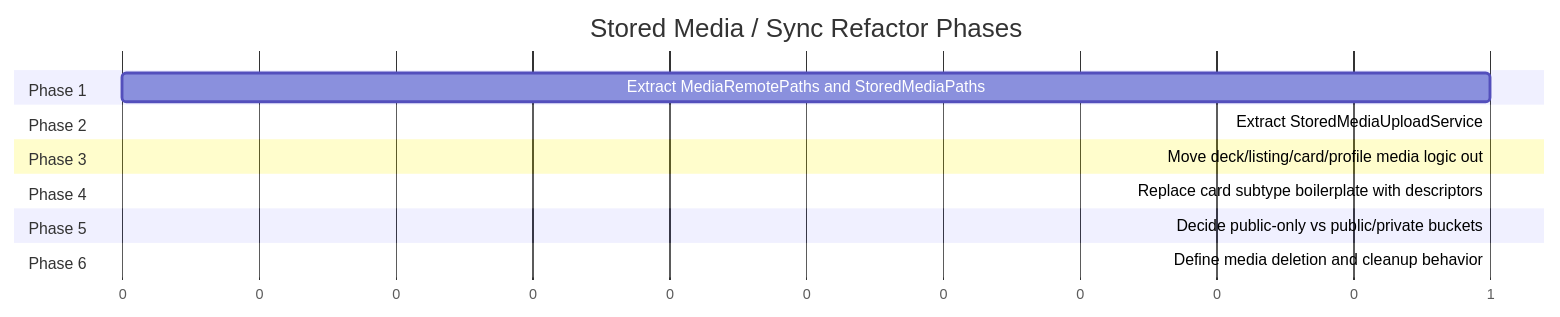
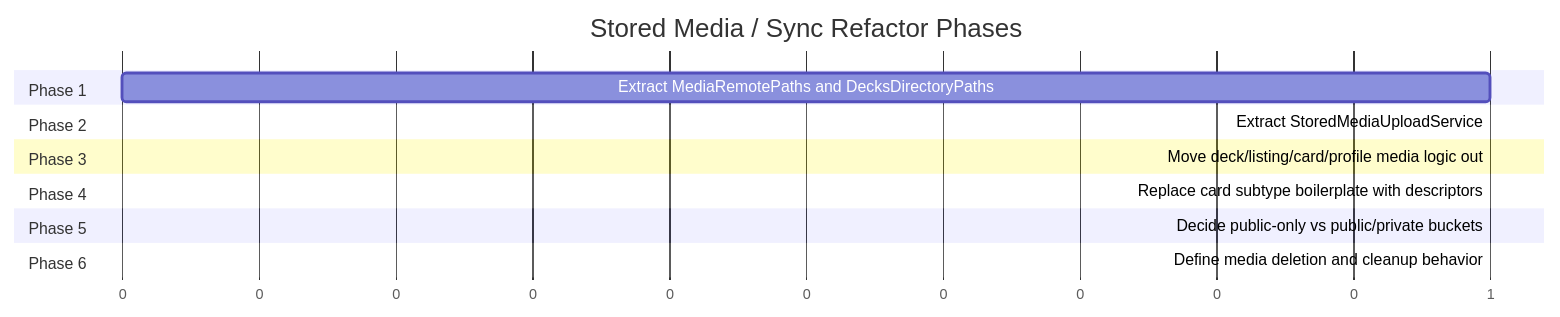
Before and after one commit to GuyWithBag/boo_mondai: diagram 18 of 18 in documentation/refactor/stored_media_sync_refactor_graphs.md, drawn with Mermaid. The commit also changed other lines of this file and 11 other files, not shown here.

````diff
--- a/documentation/refactor/stored_media_sync_refactor_graphs.md
+++ b/documentation/refactor/stored_media_sync_refactor_graphs.md
@@ -431,24 +431,24 @@
 ```mermaid
 gantt
     title Stored Media / Sync Refactor Phases
     dateFormat  X
     axisFormat %s
 
     section Phase 1
-    Extract MediaRemotePaths and StoredMediaPaths      :p1, 0, 1
+    Extract MediaRemotePaths and DecksDirectoryPaths      :p1, 0, 1
 
     section Phase 2
     Extract StoredMediaUploadService                  :p2, after p1, 1
 
     section Phase 3
     Move deck/listing/card/profile media logic out    :p3, after p2, 1
 
     section Phase 4
     Replace card subtype boilerplate with descriptors :p4, after p3, 1
 
     section Phase 5
     Decide public-only vs public/private buckets      :p5, after p4, 1
 
     section Phase 6
     Define media deletion and cleanup behavior        :p6, after p5, 1
 ```
````
